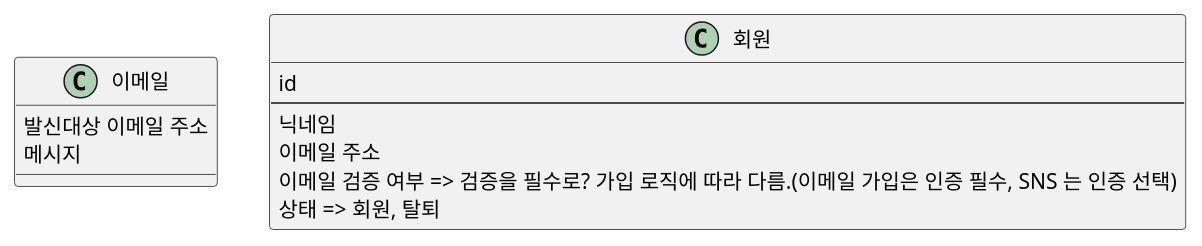
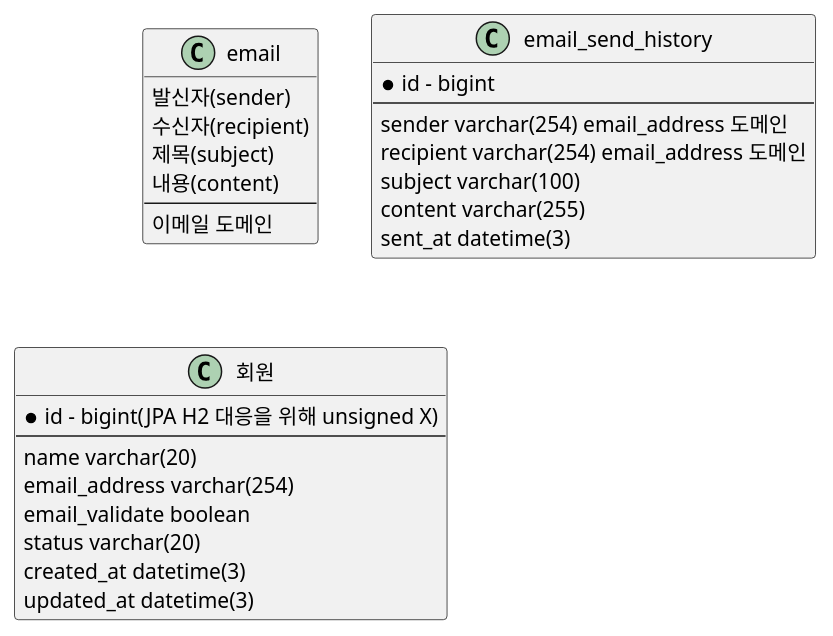
One commit to dykim-base-project/boot2-hexagonal changed the diagram in .uml/Domain.puml. Above: the diagram before and after it, drawn with PlantUML. The commit also changed 1 other file, not shown here.

```diff
--- a/.uml/Domain.puml
+++ b/.uml/Domain.puml
@@ -1,42 +1,59 @@
 @startuml
 
-class "이메일" {
-    발신대상 이메일 주소
-    메시지
+class "email" {
+    발신자(sender)
+    수신자(recipient)
+    제목(subject)
+    내용(content)
+    ---
+    이메일 도메인
+}
+
+
+class "email_send_history" {
+    * id - bigint
+    ---
+    sender varchar(254) email_address 도메인
+    recipient varchar(254) email_address 도메인
+    subject varchar(100)
+    content varchar(255)
+    sent_at datetime(3)
 }
 
 class "회원" {
-    id
+    * id - bigint(JPA H2 대응을 위해 unsigned X)
     ---
-    닉네임
-    이메일 주소
-    이메일 검증 여부 => 검증을 필수로? 가입 로직에 따라 다름.(이메일 가입은 인증 필수, SNS 는 인증 선택)
-    상태 => 회원, 탈퇴
+    name varchar(20)
+    email_address varchar(254)
+    email_validate boolean
+    status varchar(20)
+    created_at datetime(3)
+    updated_at datetime(3)
 }
 
 
 'class "권한" {
 '    id
 '    ---
 '    권한 => 이메일_인증, 이메일_미인증, SNS_인증?
 '    스프링 시큐리티로 구현하셨음. 따라가보자.(도메인이 아닌거 같은데 그러면)
 '}
 
 ' TODO: 추후 작업 예정(프론트 없이 가능? 안되면 프론트 이후 작업)
 'class "SNS 인증" {
 '    id
 '    ___
 '    회원 id
 '    SNS 인증 종류
 '    리프레시 토큰 => 리프레시 토큰 만료 시 어떻게? 찾아보자.
 '}
 
 ' TODO: 추후 작업 예정
 'class "회원-권한" {
 '    회원 id
 '    권한 id
 '    ---
 '    굳이 관계 테이블까지?
 '}
 
 @enduml
```
